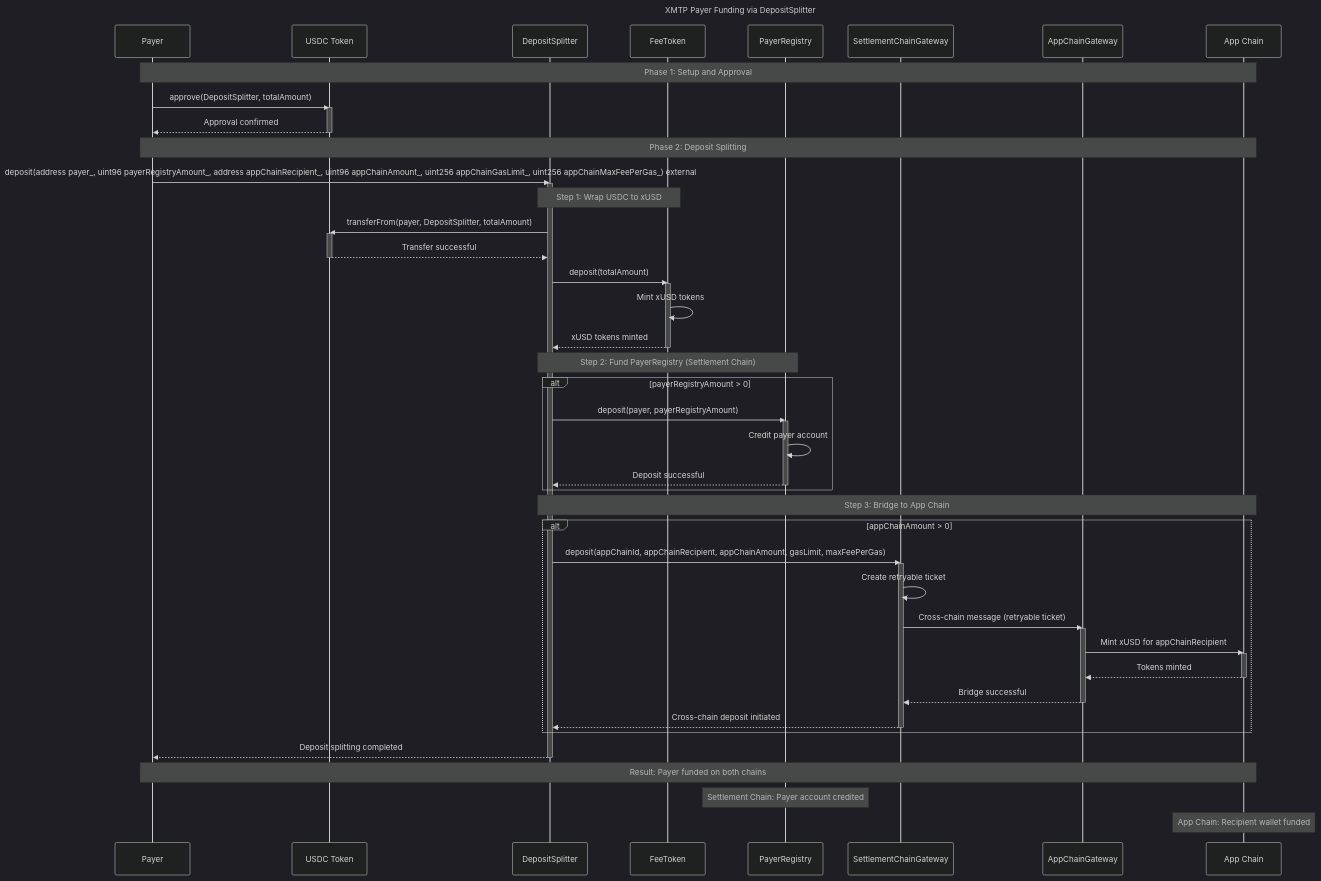
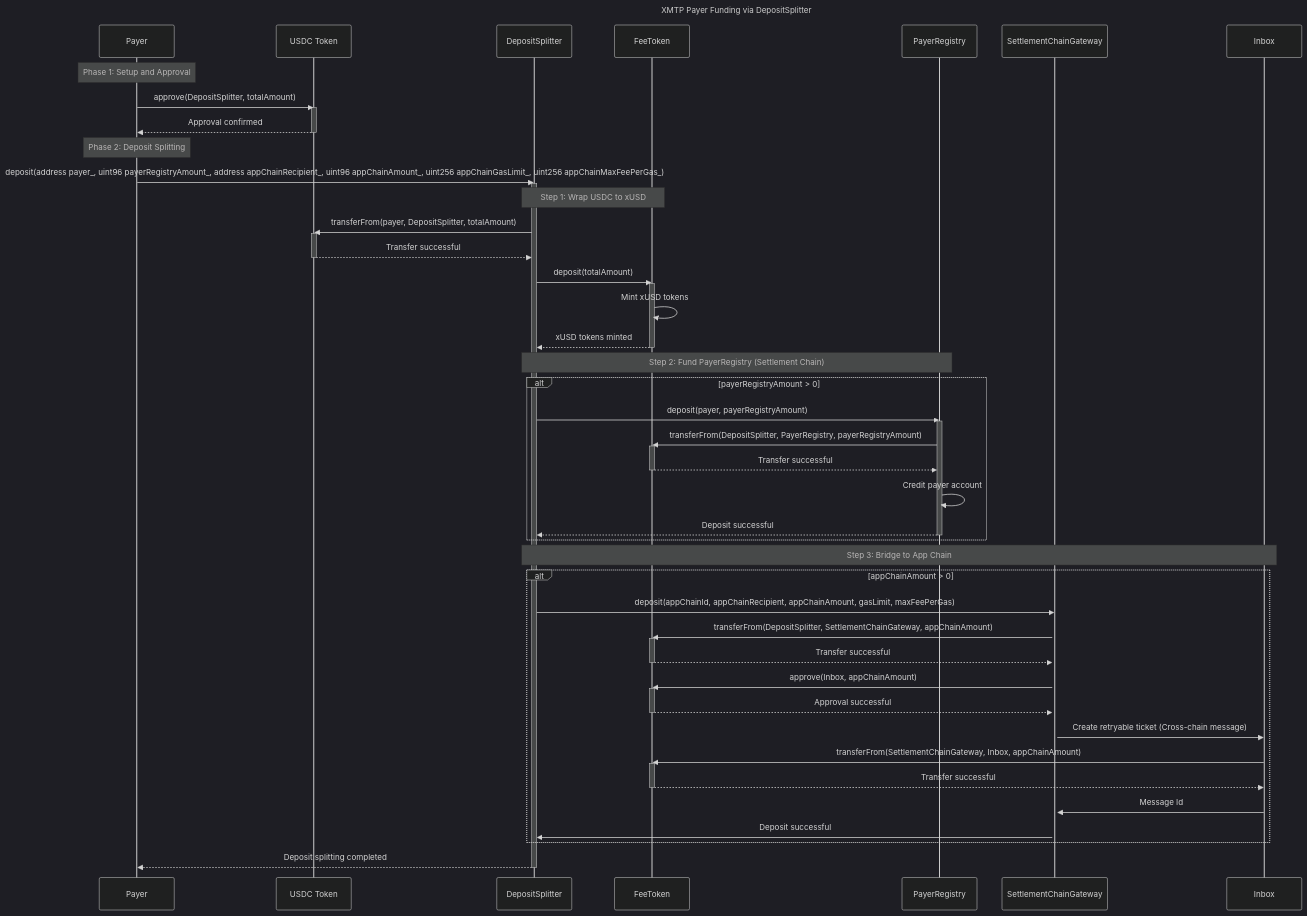
One commit to xmtp/smart-contracts changed the diagram in doc/payers.md. Above: the diagram before and after it, drawn with Mermaid (dark theme). The commit also changed other lines of this file and 6 other files, not shown here.

````diff
--- a/doc/payers.md
+++ b/doc/payers.md
@@ -38,68 +41,79 @@
 ```mermaid
 sequenceDiagram
     title XMTP Payer Funding via DepositSplitter
 
     participant Payer as Payer
     participant USDC as USDC Token
     participant DS as DepositSplitter
     participant FT as FeeToken
     participant PR as PayerRegistry
     participant SCG as SettlementChainGateway
-    participant ACG as AppChainGateway
-    participant AC as App Chain
+    participant I as Inbox
 
-    Note over Payer, AC: Phase 1: Setup and Approval
+    Note over Payer: Phase 1: Setup and Approval
     Payer->>USDC: approve(DepositSplitter, totalAmount)
     activate USDC
     USDC-->>Payer: Approval confirmed
     deactivate USDC
 
-    Note over Payer, AC: Phase 2: Deposit Splitting
-    Payer->>DS: deposit(address payer_, uint96 payerRegistryAmount_, address appChainRecipient_, uint96 appChainAmount_, uint256 appChainGasLimit_, uint256 appChainMaxFeePerGas_) external
+    Note over Payer: Phase 2: Deposit Splitting
+    Payer->>DS: deposit(address payer_, uint96 payerRegistryAmount_, address appChainRecipient_, uint96 appChainAmount_, uint256 appChainGasLimit_, uint256 appChainMaxFeePerGas_)
     activate DS
 
     Note over DS, FT: Step 1: Wrap USDC to xUSD
     DS->>USDC: transferFrom(payer, DepositSplitter, totalAmount)
     activate USDC
     USDC-->>DS: Transfer successful
     deactivate USDC
 
     DS->>FT: deposit(totalAmount)
     activate FT
     FT->>FT: Mint xUSD tokens
     FT-->>DS: xUSD tokens minted
     deactivate FT
 
     Note over DS, PR: Step 2: Fund PayerRegistry (Settlement Chain)
     alt payerRegistryAmount > 0
         DS->>PR: deposit(payer, payerRegistryAmount)
         activate PR
+
+        PR->>FT: transferFrom(DepositSplitter, PayerRegistry, payerRegistryAmount)
+        activate FT
+        FT-->>PR: Transfer successful
+        deactivate FT
+
         PR->>PR: Credit payer account
         PR-->>DS: Deposit successful
         deactivate PR
     end
 
-    Note over DS, AC: Step 3: Bridge to App Chain
+    Note over DS, I: Step 3: Bridge to App Chain
     alt appChainAmount > 0
         DS->>SCG: deposit(appChainId, appChainRecipient, appChainAmount, gasLimit, maxFeePerGas)
         activate SCG
-        SCG->>SCG: Create retryable ticket
-        SCG->>ACG: Cross-chain message (retryable ticket)
-        activate ACG
-        ACG->>AC: Mint xUSD for appChainRecipient
-        activate AC
-        AC-->>ACG: Tokens minted
-        deactivate AC
-        ACG-->>SCG: Bridge successful
-        deactivate ACG
-        SCG-->>DS: Cross-chain deposit initiated
-        deactivate SCG
+
+        SCG->>FT: transferFrom(DepositSplitter, SettlementChainGateway, appChainAmount)
+        activate FT
+        FT-->>SCG: Transfer successful
+        deactivate FT
+
+        SCG->>FT: approve(Inbox, appChainAmount)
+        activate FT
+        FT-->>SCG: Approval successful
+        deactivate FT
+
+        SCG->>I: Create retryable ticket (Cross-chain message)
+
+        I->>FT: transferFrom(SettlementChainGateway, Inbox, appChainAmount)
+        activate FT
+        FT-->>I: Transfer successful
+        deactivate FT
+
+        I->>SCG: Message Id
+
+        SCG->>DS: Deposit successful
     end
 
     DS-->>Payer: Deposit splitting completed
     deactivate DS
-
-    Note over Payer, AC: Result: Payer funded on both chains
-    Note over PR: Settlement Chain: Payer account credited
-    Note over AC: App Chain: Recipient wallet funded
 ```
````
